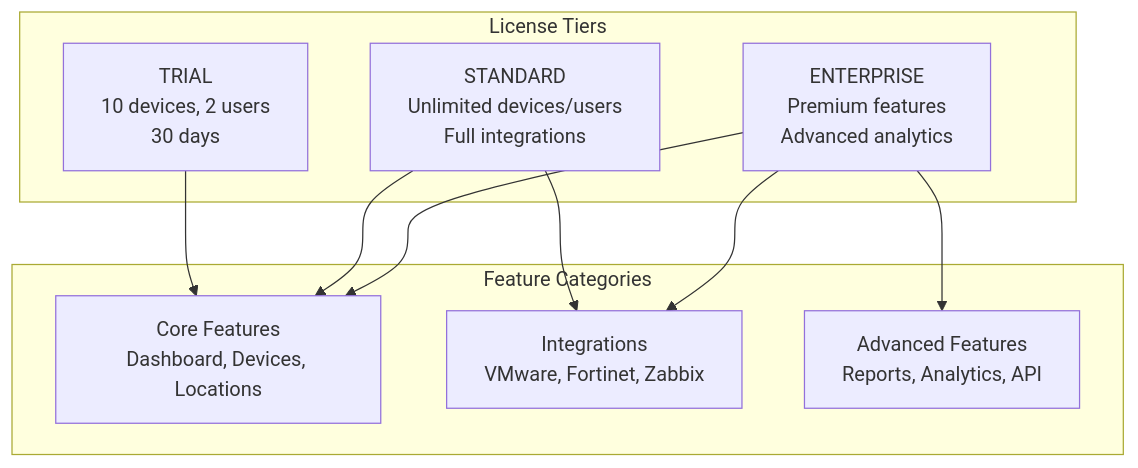
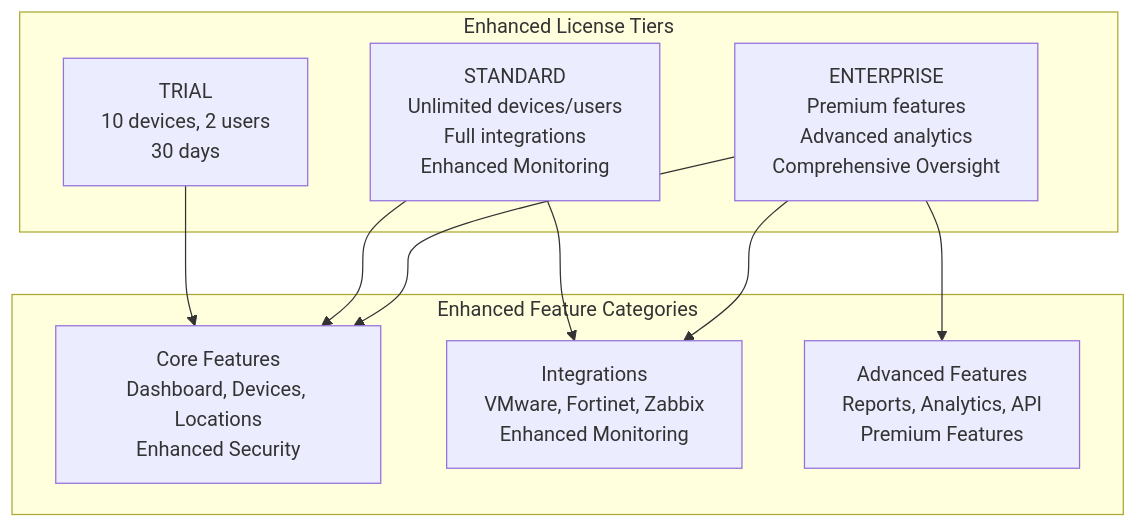
Diagram 16 of 17 in .qoder/repowiki/en/content/Database Schema & Models/Enterprise Features.md (celebigilfatih/infrascope), drawn with Mermaid before and after one commit. The commit also changed other lines of this file and 13 other files, not shown here.

````diff
--- a/.qoder/repowiki/en/content/Database Schema & Models/Enterprise Features.md
+++ b/.qoder/repowiki/en/content/Database Schema & Models/Enterprise Features.md
@@ -770,19 +831,19 @@
 ```mermaid
 graph TB
-subgraph "License Tiers"
+subgraph "Enhanced License Tiers"
 TRIAL["TRIAL<br/>10 devices, 2 users<br/>30 days"]
-STANDARD["STANDARD<br/>Unlimited devices/users<br/>Full integrations"]
-ENTERPRISE["ENTERPRISE<br/>Premium features<br/>Advanced analytics"]
+STANDARD["STANDARD<br/>Unlimited devices/users<br/>Full integrations<br/>Enhanced Monitoring"]
+ENTERPRISE["ENTERPRISE<br/>Premium features<br/>Advanced analytics<br/>Comprehensive Oversight"]
 end
-subgraph "Feature Categories"
-CORE["Core Features<br/>Dashboard, Devices, Locations"]
-INT["Integrations<br/>VMware, Fortinet, Zabbix"]
-ADV["Advanced Features<br/>Reports, Analytics, API"]
+subgraph "Enhanced Feature Categories"
+CORE["Core Features<br/>Dashboard, Devices, Locations<br/>Enhanced Security"]
+INT["Integrations<br/>VMware, Fortinet, Zabbix<br/>Enhanced Monitoring"]
+ADV["Advanced Features<br/>Reports, Analytics, API<br/>Premium Features"]
 end
 TRIAL --> CORE
 STANDARD --> CORE
 STANDARD --> INT
 ENTERPRISE --> CORE
 ENTERPRISE --> INT
 ENTERPRISE --> ADV
 ```
````
